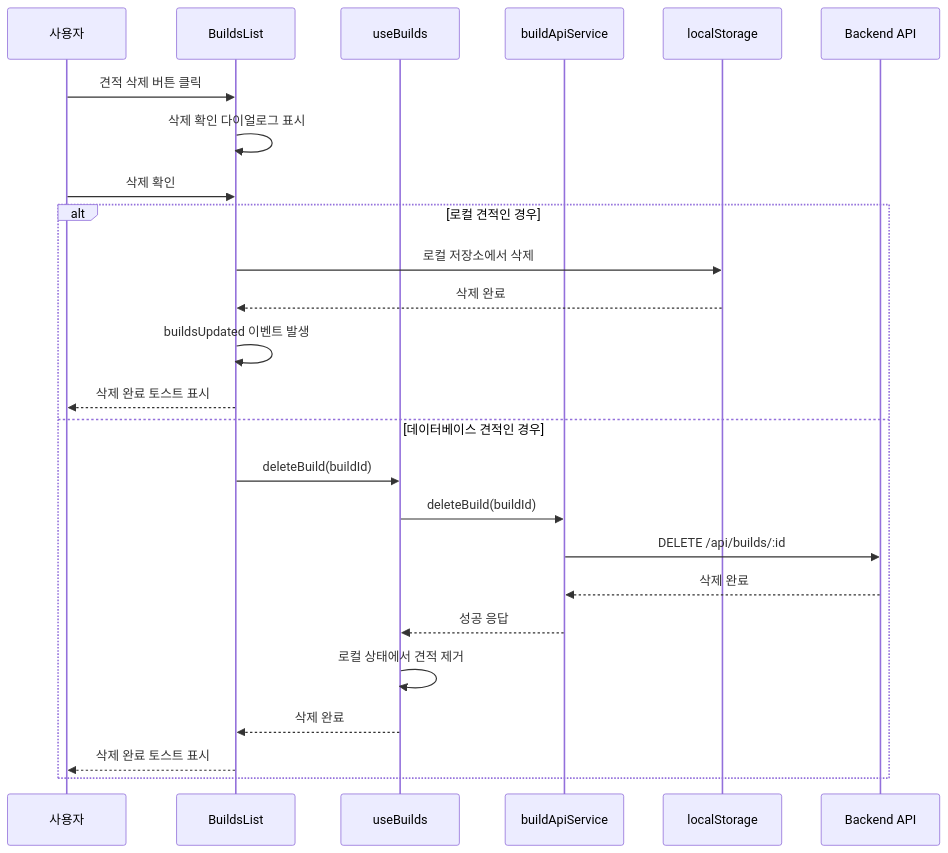
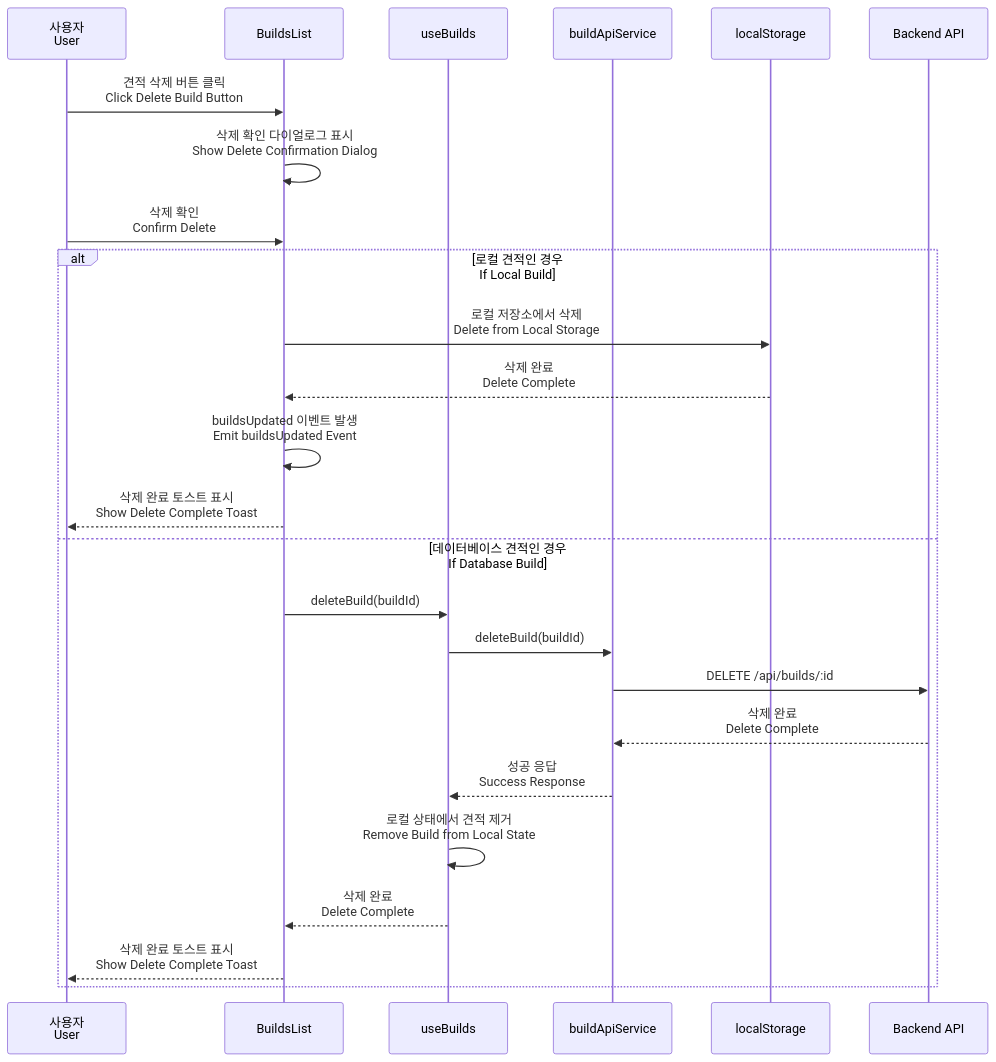
Diagram 11 of 19 in docs/design-specification.md (p0pular131/askspec-chat-assistant), drawn with Mermaid before and after one commit. The commit also changed other lines of this file and 1 other file, not shown here.

First line of the commit message:
Refactor: Adjust diagram layout for readability

````diff
--- a/docs/design-specification.md
+++ b/docs/design-specification.md
@@ -590,29 +620,29 @@
 ```mermaid
 sequenceDiagram
-    participant User as 사용자
+    participant User as 사용자<br/>User
     participant BuildsList as BuildsList
     participant BuildHook as useBuilds
     participant BuildAPI as buildApiService
     participant LocalStorage as localStorage
     participant Backend as Backend API
 
-    User->>BuildsList: 견적 삭제 버튼 클릭
-    BuildsList->>BuildsList: 삭제 확인 다이얼로그 표시
-    User->>BuildsList: 삭제 확인
+    User->>BuildsList: 견적 삭제 버튼 클릭<br/>Click Delete Build Button
+    BuildsList->>BuildsList: 삭제 확인 다이얼로그 표시<br/>Show Delete Confirmation Dialog
+    User->>BuildsList: 삭제 확인<br/>Confirm Delete
     
-    alt 로컬 견적인 경우
-        BuildsList->>LocalStorage: 로컬 저장소에서 삭제
-        LocalStorage-->>BuildsList: 삭제 완료
-        BuildsList->>BuildsList: buildsUpdated 이벤트 발생
-        BuildsList-->>User: 삭제 완료 토스트 표시
-    else 데이터베이스 견적인 경우
+    alt 로컬 견적인 경우<br/>If Local Build
+        BuildsList->>LocalStorage: 로컬 저장소에서 삭제<br/>Delete from Local Storage
+        LocalStorage-->>BuildsList: 삭제 완료<br/>Delete Complete
+        BuildsList->>BuildsList: buildsUpdated 이벤트 발생<br/>Emit buildsUpdated Event
+        BuildsList-->>User: 삭제 완료 토스트 표시<br/>Show Delete Complete Toast
+    else 데이터베이스 견적인 경우<br/>If Database Build
         BuildsList->>BuildHook: deleteBuild(buildId)
         BuildHook->>BuildAPI: deleteBuild(buildId)
         BuildAPI->>Backend: DELETE /api/builds/:id
-        Backend-->>BuildAPI: 삭제 완료
-        BuildAPI-->>BuildHook: 성공 응답
-        BuildHook->>BuildHook: 로컬 상태에서 견적 제거
-        BuildHook-->>BuildsList: 삭제 완료
-        BuildsList-->>User: 삭제 완료 토스트 표시
+        Backend-->>BuildAPI: 삭제 완료<br/>Delete Complete
+        BuildAPI-->>BuildHook: 성공 응답<br/>Success Response
+        BuildHook->>BuildHook: 로컬 상태에서 견적 제거<br/>Remove Build from Local State
+        BuildHook-->>BuildsList: 삭제 완료<br/>Delete Complete
+        BuildsList-->>User: 삭제 완료 토스트 표시<br/>Show Delete Complete Toast
     end
 ```
````
